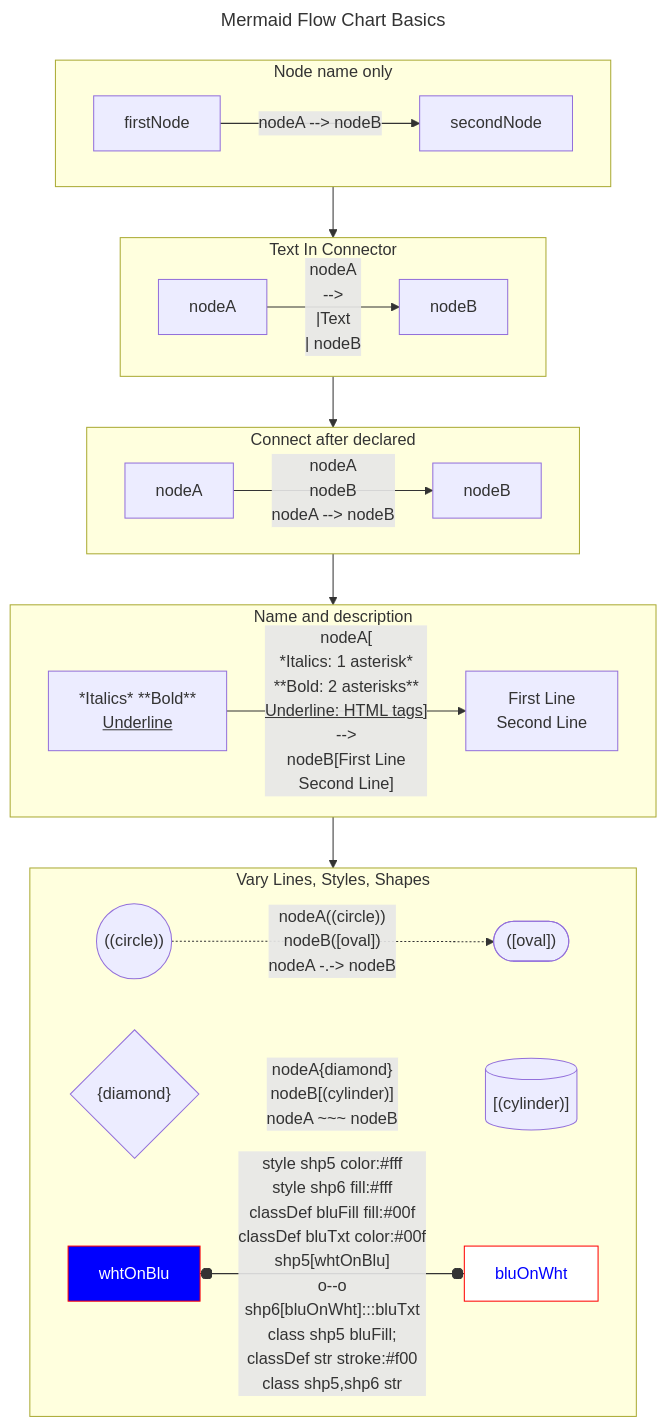
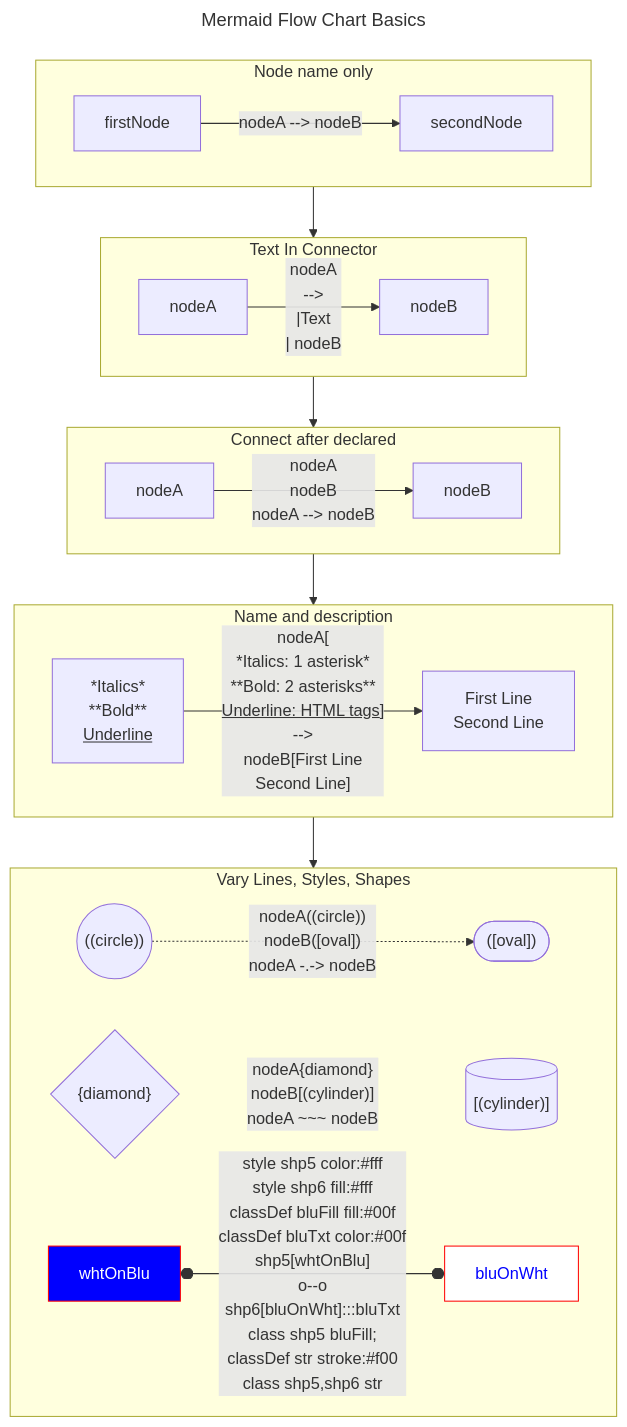
One commit to thisLeif/thisleif.github.io changed the diagram in MMD-PM.md. Above: the diagram before and after it, drawn with Mermaid. The commit also changed 1 other file, not shown here.

Commit message:
Updates readme permalink to mmd-pm

```diff
--- a/MMD-PM.md
+++ b/MMD-PM.md
@@ -44,7 +44,8 @@
 
     subgraph quatre[Name and description]
         direction LR
-        thirdN[*Italics* **Bold** 
+        thirdN[*Italics* 
+        **Bold** 
         <u>Underline</u>]
         -->
         |"""nodeA[
```
